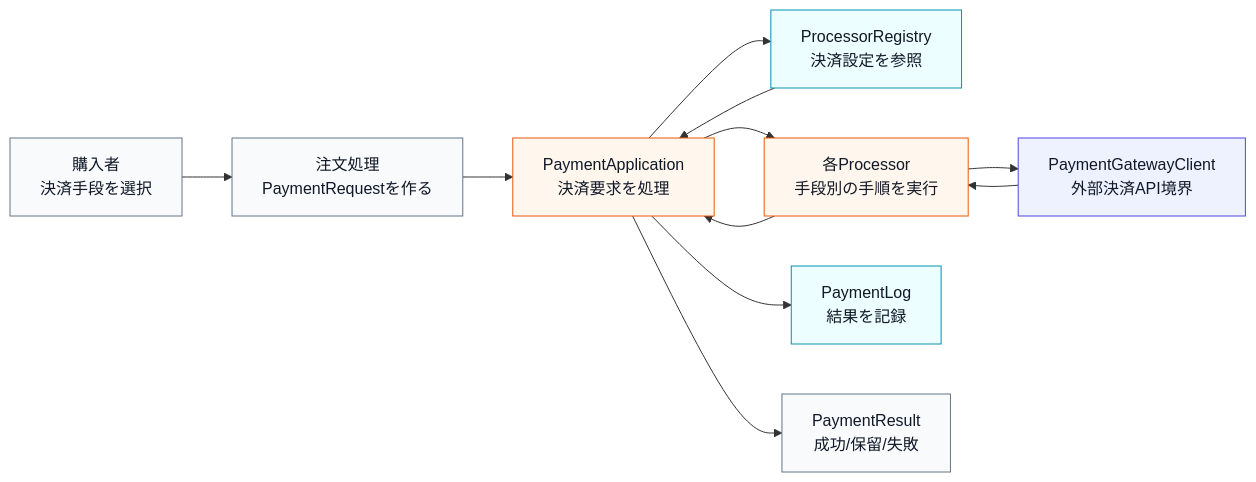
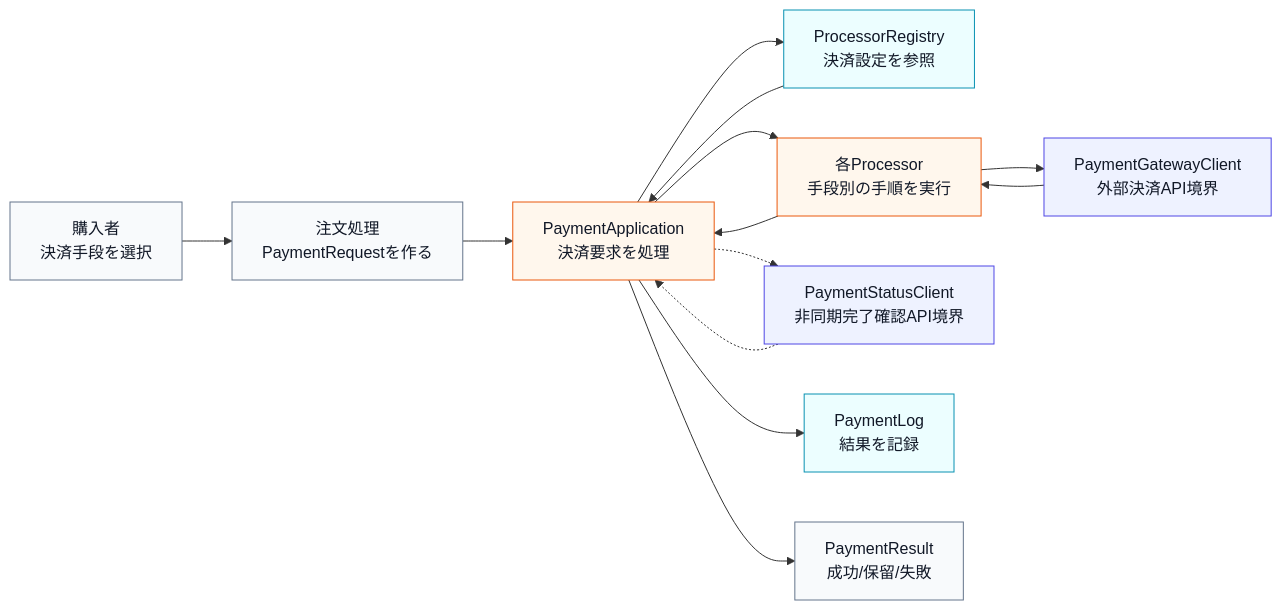
The first of 9 diagrams in kindle/design-patterns/output/chapter08.md (kumachan1101-pixel/DesignPattern), drawn with Mermaid before and after one commit. The commit also changed other lines of this file, not shown here.

````diff
--- a/kindle/design-patterns/output/chapter08.md
+++ b/kindle/design-patterns/output/chapter08.md
@@ -69,22 +92,24 @@
 ```mermaid
 flowchart LR
     U["購入者<br>決済手段を選択"] --> O["注文処理<br>PaymentRequestを作る"]
     O --> A["PaymentApplication<br>決済要求を処理"]
     A --> R["ProcessorRegistry<br>決済設定を参照"]
     R --> A
     A --> P["各Processor<br>手段別の手順を実行"]
     P --> G["PaymentGatewayClient<br>外部決済API境界"]
     G --> P
     P --> A
+    A -.-> S["PaymentStatusClient<br>非同期完了確認API境界"]
+    S -.-> A
     A --> L["PaymentLog<br>結果を記録"]
     A --> O2["PaymentResult<br>成功/保留/失敗"]
 
     classDef actor fill:#f8fafc,stroke:#64748b,color:#111827;
     classDef data fill:#ecfeff,stroke:#0891b2,color:#111827;
     classDef process fill:#fff7ed,stroke:#ea580c,color:#111827;
     classDef boundary fill:#eef2ff,stroke:#4f46e5,color:#111827;
     class U,O,O2 actor;
     class R,L data;
     class A,P process;
-    class G boundary;
+    class G,S boundary;
 ```
````
